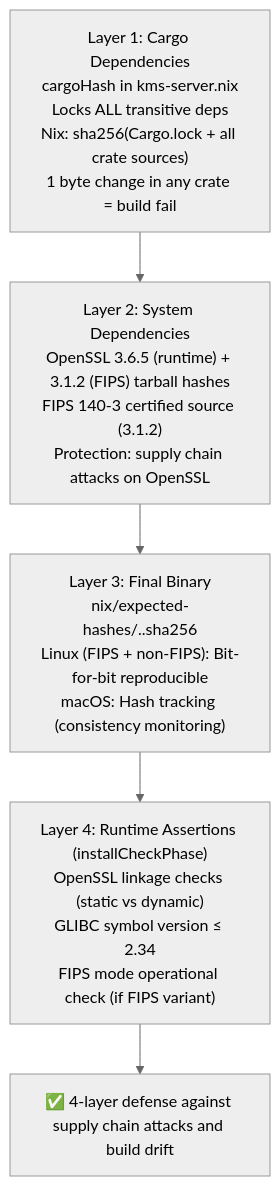
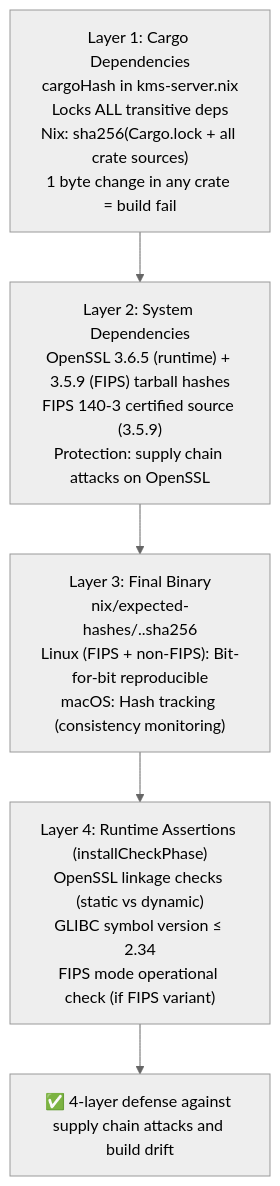
Before and after one commit to Cosmian/kms: the fourth of 11 diagrams in nix/README.md, drawn with Mermaid (neutral theme). The commit also changed other lines of this file and 15 other files, not shown here.

First line of the commit message:
build: bump OpenSSL FIPS provider to 3.5.9 in build.rs and Nix

````diff
--- a/nix/README.md
+++ b/nix/README.md
@@ -342,9 +342,9 @@
 ```mermaid
 flowchart TB
     l1["Layer 1: Cargo Dependencies<br/>cargoHash in kms-server.nix<br/>Locks ALL transitive deps<br/>Nix: sha256(Cargo.lock + all crate sources)<br/>1 byte change in any crate = build fail"]
-    l2["Layer 2: System Dependencies<br/>OpenSSL 3.6.5 (runtime) + 3.1.2 (FIPS) tarball hashes<br/>FIPS 140-3 certified source (3.1.2)<br/>Protection: supply chain attacks on OpenSSL"]
+    l2["Layer 2: System Dependencies<br/>OpenSSL 3.6.5 (runtime) + 3.5.9 (FIPS) tarball hashes<br/>FIPS 140-3 certified source (3.5.9)<br/>Protection: supply chain attacks on OpenSSL"]
     l3["Layer 3: Final Binary<br/>nix/expected-hashes/<variant>.<platform>.sha256<br/>Linux (FIPS + non-FIPS): Bit-for-bit reproducible<br/>macOS: Hash tracking (consistency monitoring)"]
     l4["Layer 4: Runtime Assertions (installCheckPhase)<br/>OpenSSL linkage checks (static vs dynamic)<br/>GLIBC symbol version ≤ 2.34<br/>FIPS mode operational check (if FIPS variant)"]
     result["✅ 4-layer defense against supply chain attacks and build drift"]
     l1 --> l2 --> l3 --> l4 --> result
 ```
````
